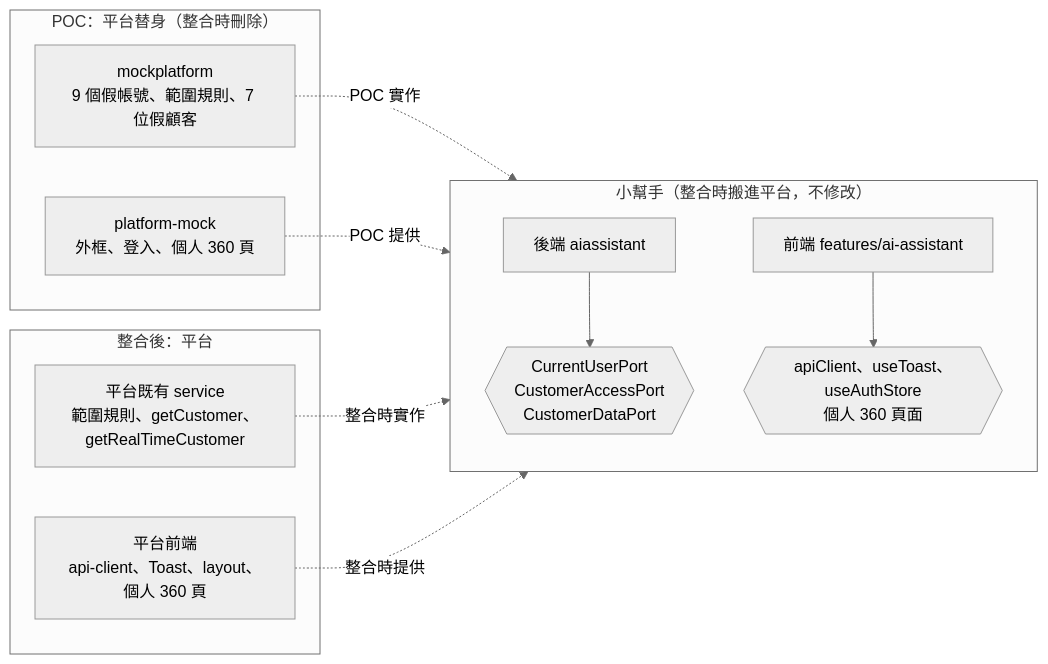
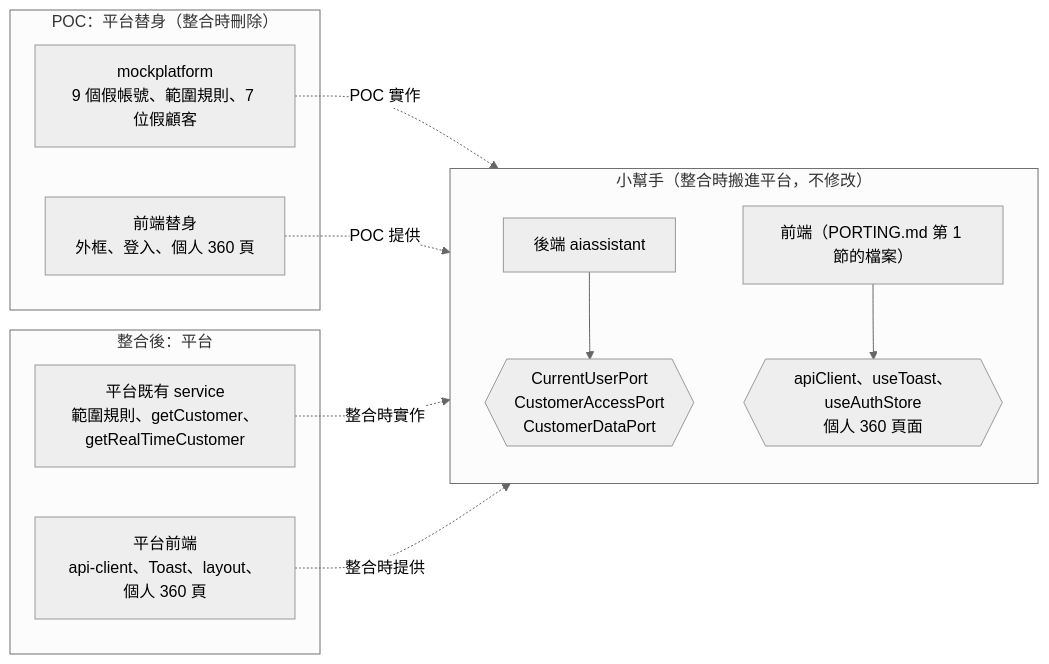
One commit to Rue1216/assistant-poc changed the third of 11 diagrams in docs/spec/01-architecture.md. Above: the diagram before and after it, drawn with Mermaid (neutral theme). The commit also changed other lines of this file and 4 other files, not shown here.

````diff
--- a/docs/spec/01-architecture.md
+++ b/docs/spec/01-architecture.md
@@ -111,20 +111,20 @@
 ```mermaid
 flowchart LR
   subgraph AI["小幫手（整合時搬進平台，不修改）"]
     direction TB
     AIBE["後端 aiassistant"] --> PORTS{{"CurrentUserPort<br/>CustomerAccessPort<br/>CustomerDataPort"}}
-    AIFE["前端 features/ai-assistant"] --> FEDEP{{"apiClient、useToast、useAuthStore<br/>個人 360 頁面"}}
+    AIFE["前端（PORTING.md 第 1 節的檔案）"] --> FEDEP{{"apiClient、useToast、useAuthStore<br/>個人 360 頁面"}}
   end
   subgraph POC["POC：平台替身（整合時刪除）"]
     MP["mockplatform<br/>9 個假帳號、範圍規則、7 位假顧客"]
-    PM["platform-mock<br/>外框、登入、個人 360 頁"]
+    PM["前端替身<br/>外框、登入、個人 360 頁"]
   end
   subgraph REAL["整合後：平台"]
     PS["平台既有 service<br/>範圍規則、getCustomer、getRealTimeCustomer"]
     PF["平台前端<br/>api-client、Toast、layout、個人 360 頁"]
   end
   MP -. POC 實作 .-> PORTS
   PS -. 整合時實作 .-> PORTS
   PM -. POC 提供 .-> FEDEP
   PF -. 整合時提供 .-> FEDEP
 ```
````
